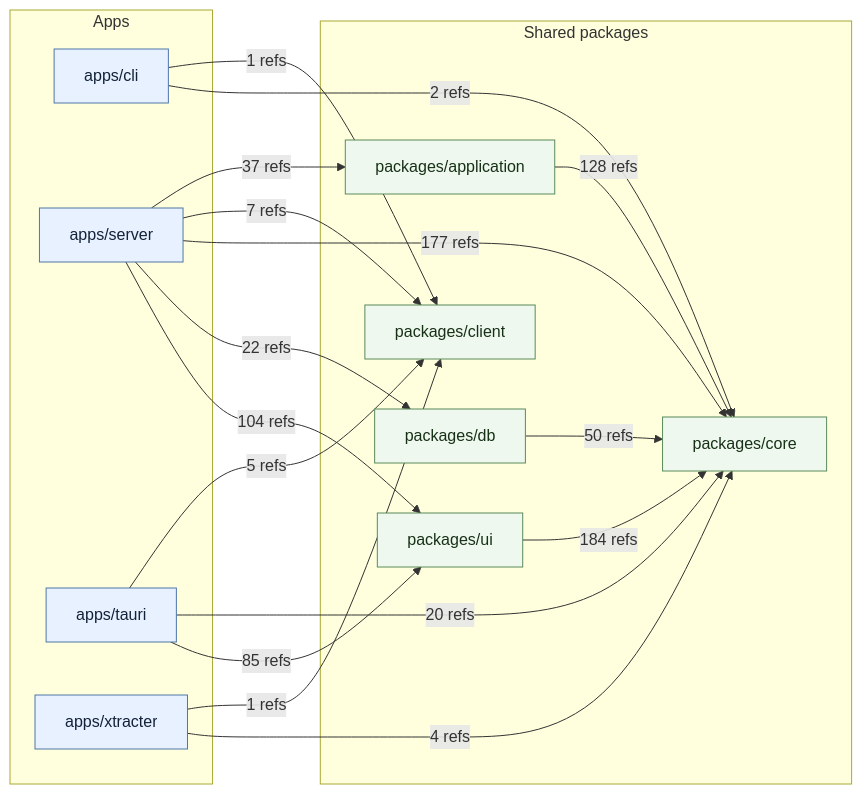
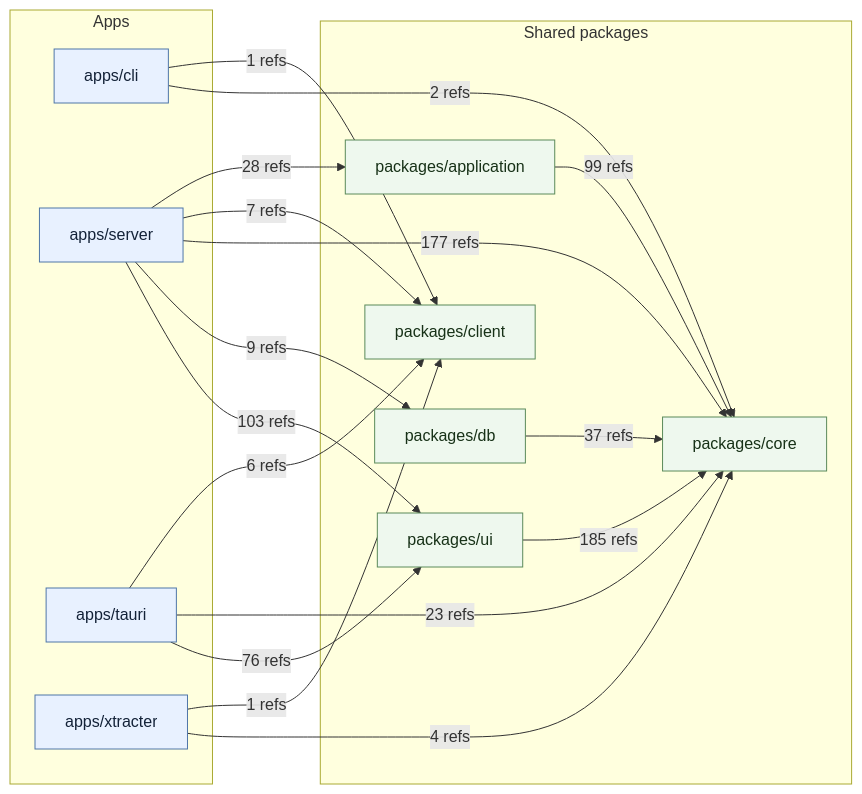
One commit to hmjn023/solid-imager changed the diagram in docs/architecture/package-dependency-graph.md. Above: the diagram before and after it, drawn with Mermaid. The commit also changed other lines of this file and 10 other files, not shown here.

Commit message:
docs(architecture): refresh dependency maps after API boundary changes

````diff
--- a/docs/architecture/package-dependency-graph.md
+++ b/docs/architecture/package-dependency-graph.md
@@ -7,35 +7,35 @@
 ```mermaid
 flowchart LR
   subgraph apps["Apps"]
     cli["apps/cli"]
     server["apps/server"]
     tauri["apps/tauri"]
     xtracter["apps/xtracter"]
   end
   subgraph packages["Shared packages"]
     application["packages/application"]
     client["packages/client"]
     core["packages/core"]
     db["packages/db"]
     ui["packages/ui"]
   end
   cli -->|1 refs| client
   cli -->|2 refs| core
-  server -->|37 refs| application
+  server -->|28 refs| application
   server -->|7 refs| client
   server -->|177 refs| core
-  server -->|22 refs| db
-  server -->|104 refs| ui
-  tauri -->|5 refs| client
-  tauri -->|20 refs| core
-  tauri -->|85 refs| ui
+  server -->|9 refs| db
+  server -->|103 refs| ui
+  tauri -->|6 refs| client
+  tauri -->|23 refs| core
+  tauri -->|76 refs| ui
   xtracter -->|1 refs| client
   xtracter -->|4 refs| core
-  application -->|128 refs| core
-  db -->|50 refs| core
-  ui -->|184 refs| core
+  application -->|99 refs| core
+  db -->|37 refs| core
+  ui -->|185 refs| core
   classDef app fill:#e8f1ff,stroke:#4f76a8,color:#132238;
   classDef pkg fill:#eef8ee,stroke:#5b8a5a,color:#173117;
   class cli,server,tauri,xtracter app;
   class application,client,core,db,ui pkg;
 ```
````
